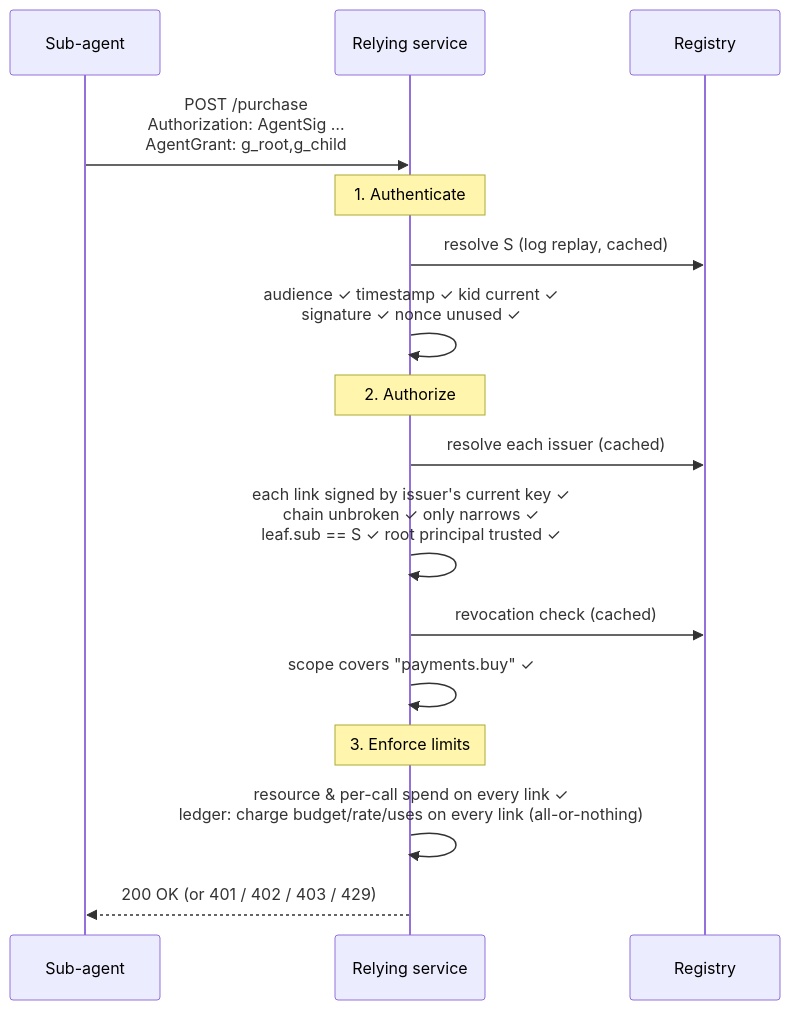
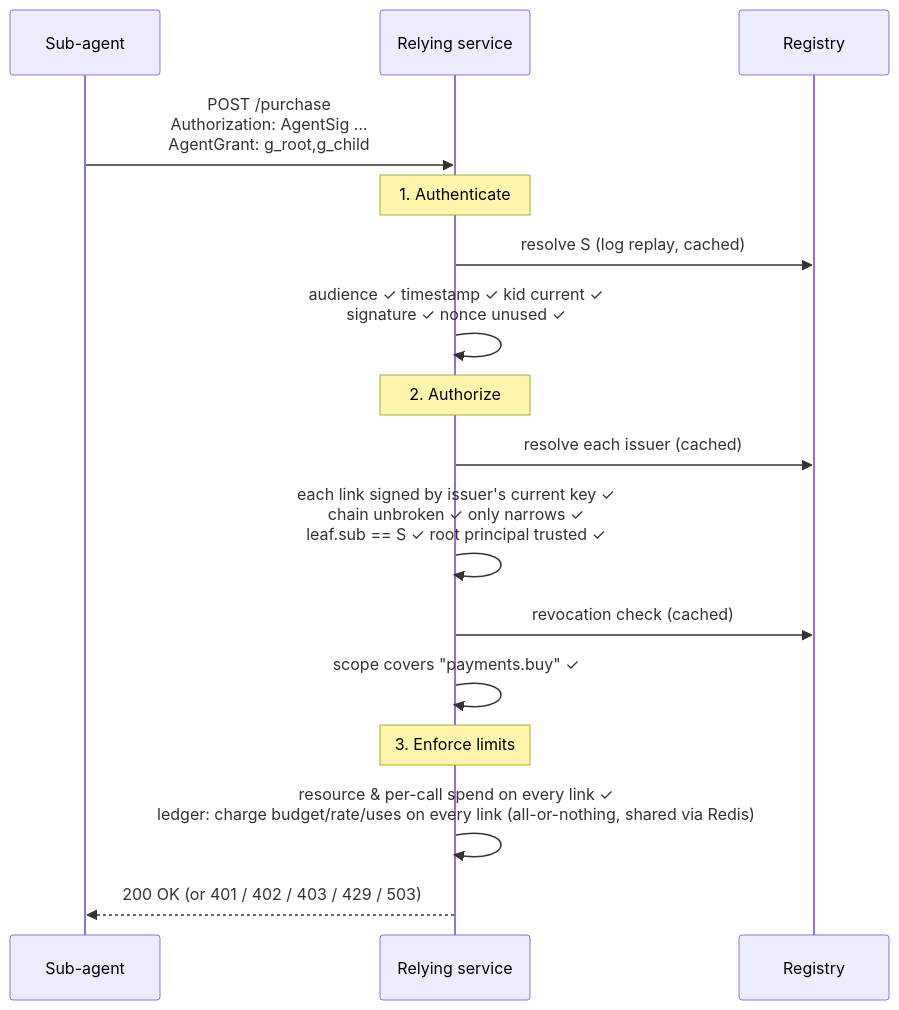
Before and after one commit to invarislabs/agent-auth: the third of 5 diagrams in docs/architecture.md, drawn with Mermaid. The commit also changed other lines of this file and 13 other files, not shown here.

````diff
--- a/docs/architecture.md
+++ b/docs/architecture.md
@@ -63,19 +71,19 @@
 ```mermaid
 sequenceDiagram
     participant S as Sub-agent
     participant SVC as Relying service
     participant R as Registry
 
     S->>SVC: POST /purchase<br/>Authorization: AgentSig …<br/>AgentGrant: g_root,g_child
     Note over SVC: 1. Authenticate
     SVC->>R: resolve S (log replay, cached)
     SVC->>SVC: audience ✓ timestamp ✓ kid current ✓<br/>signature ✓ nonce unused ✓
     Note over SVC: 2. Authorize
     SVC->>R: resolve each issuer (cached)
     SVC->>SVC: each link signed by issuer's current key ✓<br/>chain unbroken ✓ only narrows ✓<br/>leaf.sub == S ✓ root principal trusted ✓
     SVC->>R: revocation check (cached)
     SVC->>SVC: scope covers "payments.buy" ✓
     Note over SVC: 3. Enforce limits
-    SVC->>SVC: resource & per-call spend on every link ✓<br/>ledger: charge budget/rate/uses on every link (all-or-nothing)
-    SVC-->>S: 200 OK (or 401 / 402 / 403 / 429)
+    SVC->>SVC: resource & per-call spend on every link ✓<br/>ledger: charge budget/rate/uses on every link (all-or-nothing, shared via Redis)
+    SVC-->>S: 200 OK (or 401 / 402 / 403 / 429 / 503)
 ```
````
